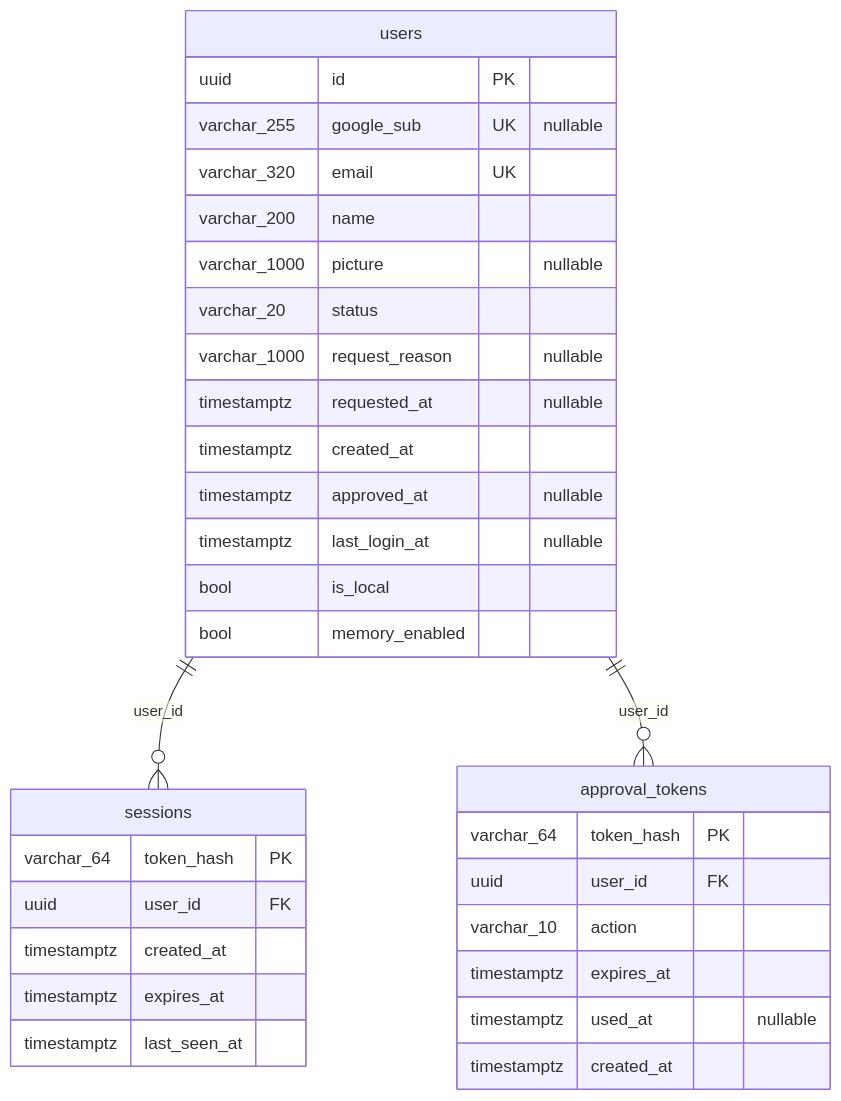
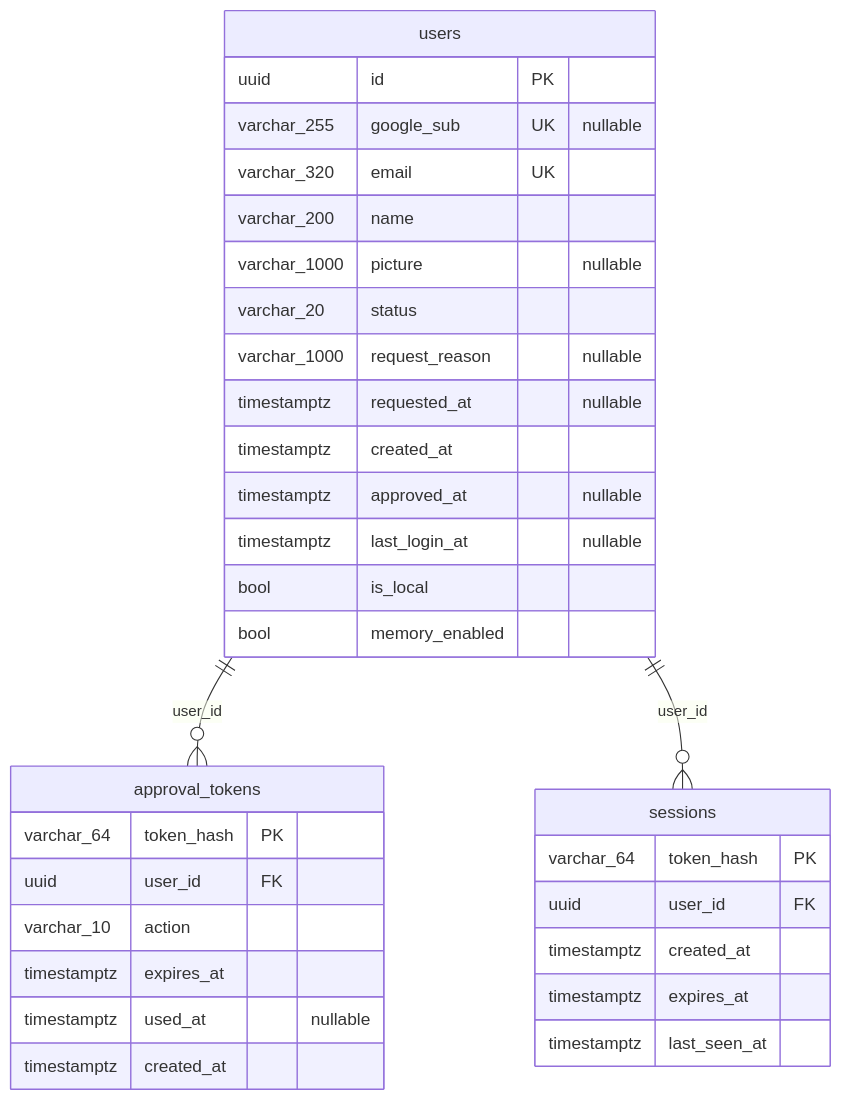
Before and after one commit to okdoittttt/apogee-deck: the second of 5 diagrams in docs/data/erd.md, drawn with Mermaid. The commit also changed other lines of this file and 8 other files, not shown here.

First line of the commit message:
chore: 문서 검사 도구와 ERD 생성기 추가

````diff
--- a/docs/data/erd.md
+++ b/docs/data/erd.md
@@ -53,35 +56,35 @@
 ```mermaid
 erDiagram
+    users ||--o{ approval_tokens : "user_id"
     users ||--o{ sessions : "user_id"
-    users ||--o{ approval_tokens : "user_id"
     users {
         uuid id PK
         varchar_255 google_sub UK "nullable"
         varchar_320 email UK
         varchar_200 name
         varchar_1000 picture "nullable"
         varchar_20 status
         varchar_1000 request_reason "nullable"
         timestamptz requested_at "nullable"
         timestamptz created_at
         timestamptz approved_at "nullable"
         timestamptz last_login_at "nullable"
         bool is_local
         bool memory_enabled
     }
-    sessions {
-        varchar_64 token_hash PK
-        uuid user_id FK
-        timestamptz created_at
-        timestamptz expires_at
-        timestamptz last_seen_at
-    }
     approval_tokens {
         varchar_64 token_hash PK
         uuid user_id FK
         varchar_10 action
         timestamptz expires_at
         timestamptz used_at "nullable"
         timestamptz created_at
     }
+    sessions {
+        varchar_64 token_hash PK
+        uuid user_id FK
+        timestamptz created_at
+        timestamptz expires_at
+        timestamptz last_seen_at
+    }
 ```
````
